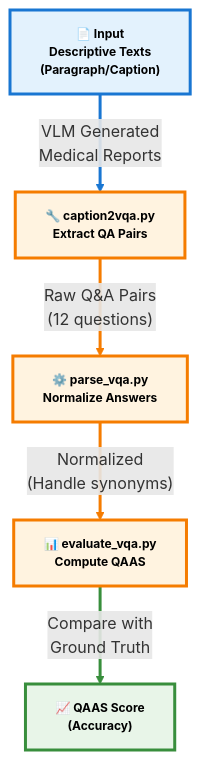
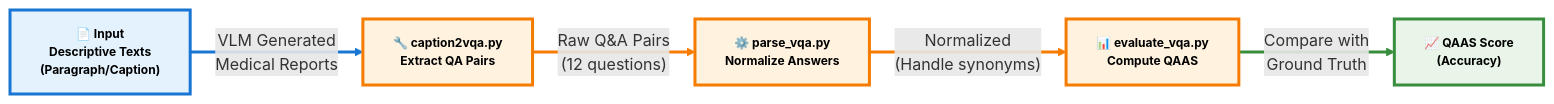
The first of 2 diagrams in README.md (bhattarailab/Hallucination-Aware-VLM), drawn with Mermaid before and after one commit. The commit also changed other lines of this file, not shown here.

Commit message:
fix mermaid graph

````diff
--- a/README.md
+++ b/README.md
@@ -90,26 +90,26 @@
 ```mermaid
-flowchart TD
+flowchart LR
     classDef inputStyle fill:#E3F2FD,stroke:#1976D2,stroke-width:3px,color:#000,font-weight:bold,font-size:12px
     classDef scriptStyle fill:#FFF3E0,stroke:#F57C00,stroke-width:3px,color:#000,font-weight:bold,font-size:12px
     classDef outputStyle fill:#E8F5E8,stroke:#388E3C,stroke-width:3px,color:#000,font-weight:bold,font-size:12px
 
     A["📄 Input<br/>Descriptive Texts<br/>(Paragraph/Caption)"]
     B["🔧 caption2vqa.py<br/>Extract QA Pairs"]
     C["⚙️ parse_vqa.py<br/>Normalize Answers"]
     D["📊 evaluate_vqa.py<br/>Compute QAAS"]
     E["📈 QAAS Score<br/>(Accuracy)"]
 
     class A inputStyle
     class B,C,D scriptStyle
     class E outputStyle
 
     A -->|"VLM Generated<br/>Medical Reports"| B
     B -->|"Raw Q&A Pairs<br/>(12 questions)"| C
     C -->|"Normalized<br/>(Handle synonyms)"| D
     D -->|"Compare with<br/>Ground Truth"| E
 
     linkStyle 0 stroke:#1976D2,stroke-width:3px
     linkStyle 1 stroke:#F57C00,stroke-width:3px
     linkStyle 2 stroke:#F57C00,stroke-width:3px
     linkStyle 3 stroke:#388E3C,stroke-width:3px
 ```
````
